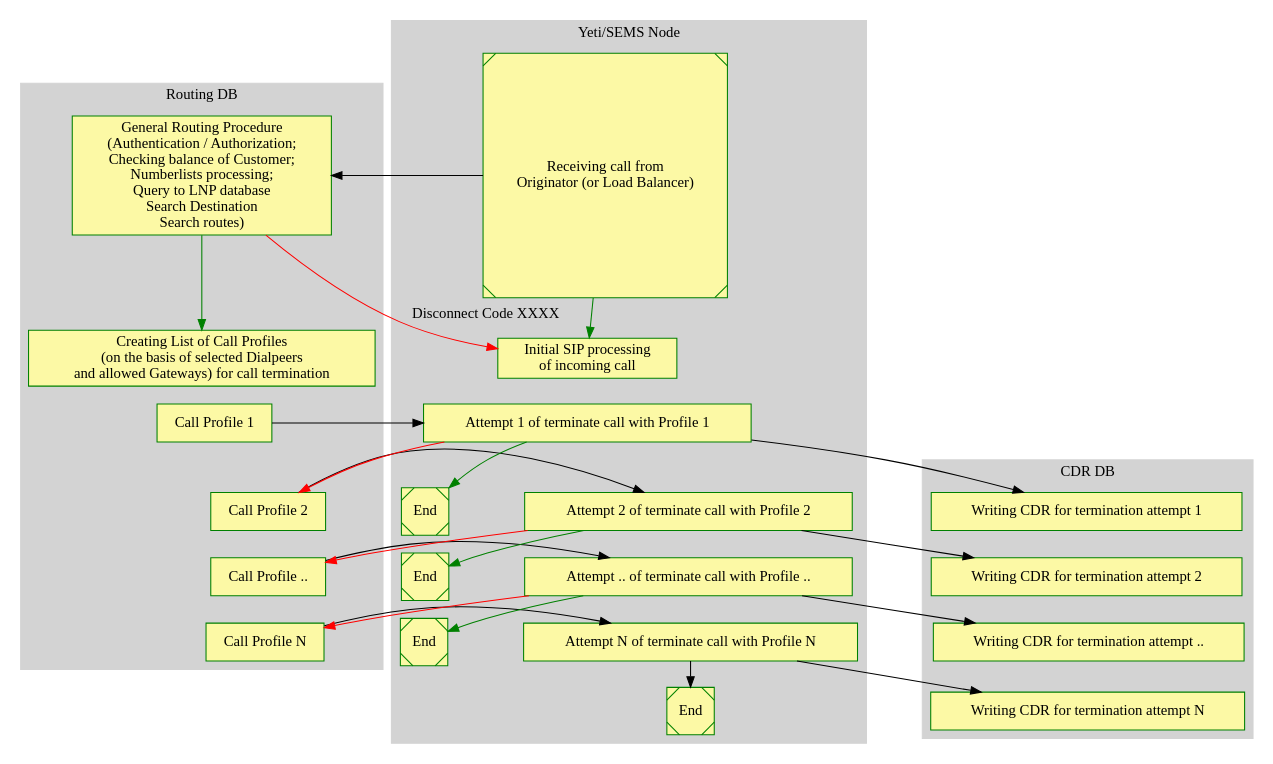
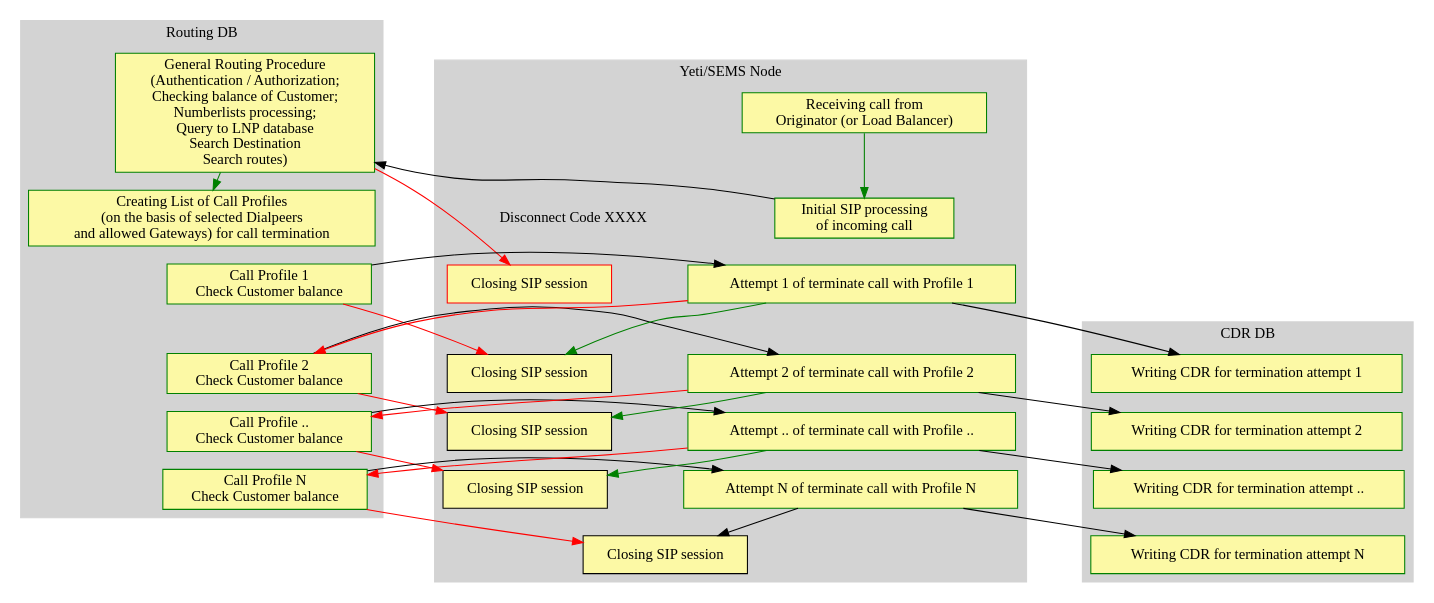
One commit to yeti-switch/doc changed the diagram in docs/en/graphviz/general.dot. Above: the diagram before and after it, drawn with Graphviz. The commit also changed 1 other file, not shown here.

```diff
--- a/docs/en/graphviz/general.dot
+++ b/docs/en/graphviz/general.dot
@@ -1,97 +1,109 @@
 digraph General {
 
     node [style=filled; fillcolor="#FCF9A5"];
     graph [nodesep=1, ranksep=0.2, mindist=0.5];
 
     subgraph cluster_Routing_DB {
         style=filled;
         color=lightgrey;
         node [style=filled,color=green];
 
         r_block1 [label = "General Routing Procedure \n (Authentication / Authorization;\nChecking balance of Customer;\n Numberlists processing;\nQuery to LNP database\nSearch Destination\nSearch routes)"; shape=box; sides=4];
 
         r_block2 [label = "Creating List of Call Profiles\n(on the basis of selected Dialpeers\n and allowed Gateways) for call termination"; shape=box; sides=4];
 
-        r_block31 [label = "Call Profile 1"; shape=box; sides=4];
-        r_block32 [label = "Call Profile 2"; shape=box; sides=4];
-        r_block33 [label = "Call Profile .."; shape=box; sides=4];
-        r_block34 [label = "Call Profile N"; shape=box; sides=4];
+        r_block31 [label = "Call Profile 1\nCheck Customer balance"; shape=box; sides=4];
+
+        r_block32 [label = "Call Profile 2\nCheck Customer balance"; shape=box; sides=4];
+
+        r_block33 [label = "Call Profile ..\nCheck Customer balance"; shape=box; sides=4];
+
+        r_block34 [label = "Call Profile N\nCheck Customer balance"; shape=box; sides=4];
+
 
         r_block1 -> r_block2 [color=green];
         r_block2 -> r_block31 [style=invis];
         r_block31 -> r_block32 [style=invis];
         r_block32 -> r_block33 [style=invis];
         r_block33 -> r_block34 [style=invis];
+
 
         label = "Routing DB";
     }
 
     subgraph cluster_SEMS {
         style=filled;
         color=lightgrey;
         node [style=filled,color=green];
 
-        s_block1 [label = "Receiving call from \n Originator (or Load Balancer)"; shape=Msquare];
+        s_block1 [label = "Receiving call from \n Originator (or Load Balancer)"; shape=box; sides=4];
 
         s_block2 [label = "Initial SIP processing\n of incoming call"; shape=box; sides=4];
 
+        s_block_end21 [label = "Closing SIP session"; shape=box; sides=4; color=red];
+
+        s_block2 -> s_block_end21 [style=invis];
+
         s_block31 [label = "Attempt 1 of terminate call with Profile 1"; shape=box; sides=4];
-        s_block_end31 [label = "End"; shape=Msquare];
+        s_block_end31 [label = "Closing SIP session"; shape=box; sides=4; color=black];
         s_block32 [label = "Attempt 2 of terminate call with Profile 2"; shape=box; sides=4];
-        s_block_end32 [label = "End"; shape=Msquare];
+        s_block_end32 [label = "Closing SIP session"; shape=box; sides=4; color=black];
         s_block33 [label = "Attempt .. of terminate call with Profile .."; shape=box; sides=4];
-        s_block_end33 [label = "End"; shape=Msquare];
+        s_block_end33 [label = "Closing SIP session"; shape=box; sides=4; color=black];
         s_block34 [label = "Attempt N of terminate call with Profile N"; shape=box; sides=4];
-        s_block_end34 [label = "End"; shape=Msquare];
+        s_block_end34 [label = "Closing SIP session"; shape=box; sides=4; color=black];
 
         s_block1 -> s_block2 [color=green];
         s_block2 -> s_block31 [style=invis];
         s_block31 -> s_block32 [style=invis];
         s_block31 -> s_block_end31 [color=green];
         s_block32 -> s_block33 [style=invis];
         s_block32 -> s_block_end32 [color=green];
         s_block33 -> s_block34 [style=invis];
         s_block33 -> s_block_end33 [color=green];
         s_block34 -> s_block_end34 [color=black];
 
         label = "Yeti/SEMS Node";
     }
 
     subgraph cluster_CDR {
         style=filled;
         color=lightgrey;
         node [style=filled,color=green];
 
         c_block1 [label = "Writing CDR for termination attempt 1"; shape=box; sides=4];
         c_block2 [label = "Writing CDR for termination attempt 2"; shape=box; sides=4];
         c_block3 [label = "Writing CDR for termination attempt .."; shape=box; sides=4];
         c_block4 [label = "Writing CDR for termination attempt N"; shape=box; sides=4];
 
         c_block1 -> c_block2 [style=invis];
         c_block2 -> c_block3 [style=invis];
         c_block3 -> c_block4 [style=invis];
 
 
         label = "CDR DB";
     }
 
-    s_block1 -> r_block1 [color=black];
-    r_block1 -> s_block2 [color=red; label = "Disconnect Code XXXX"];
-
-    r_block31 -> s_block31 [color=black];
-    r_block32 -> s_block32 [color=black];
-    r_block33 -> s_block33 [color=black];
-    r_block34 -> s_block34 [color=black];
+    s_block2 -> r_block1 [color=black];
+    r_block1 -> s_block_end21 [color=red; label = "Disconnect Code XXXX"];
 
     s_block31 -> c_block1 [color=black];
     s_block32 -> c_block2 [color=black];
     s_block33 -> c_block3 [color=black];
     s_block34 -> c_block4 [color=black];
 
     s_block31 -> r_block32 [color=red];
     s_block32 -> r_block33 [color=red];
     s_block33 -> r_block34 [color=red];
 
+    r_block31 -> s_block31 [color=black];
+    r_block32 -> s_block32 [color=black];
+    r_block33 -> s_block33 [color=black];
+    r_block34 -> s_block34 [color=black];
 
+    r_block31 -> s_block_end31 [color=red;];
+    r_block32 -> s_block_end32 [color=red;];
+    r_block33 -> s_block_end33 [color=red;];
+    r_block34 -> s_block_end34 [color=red;];
 
 }
```
